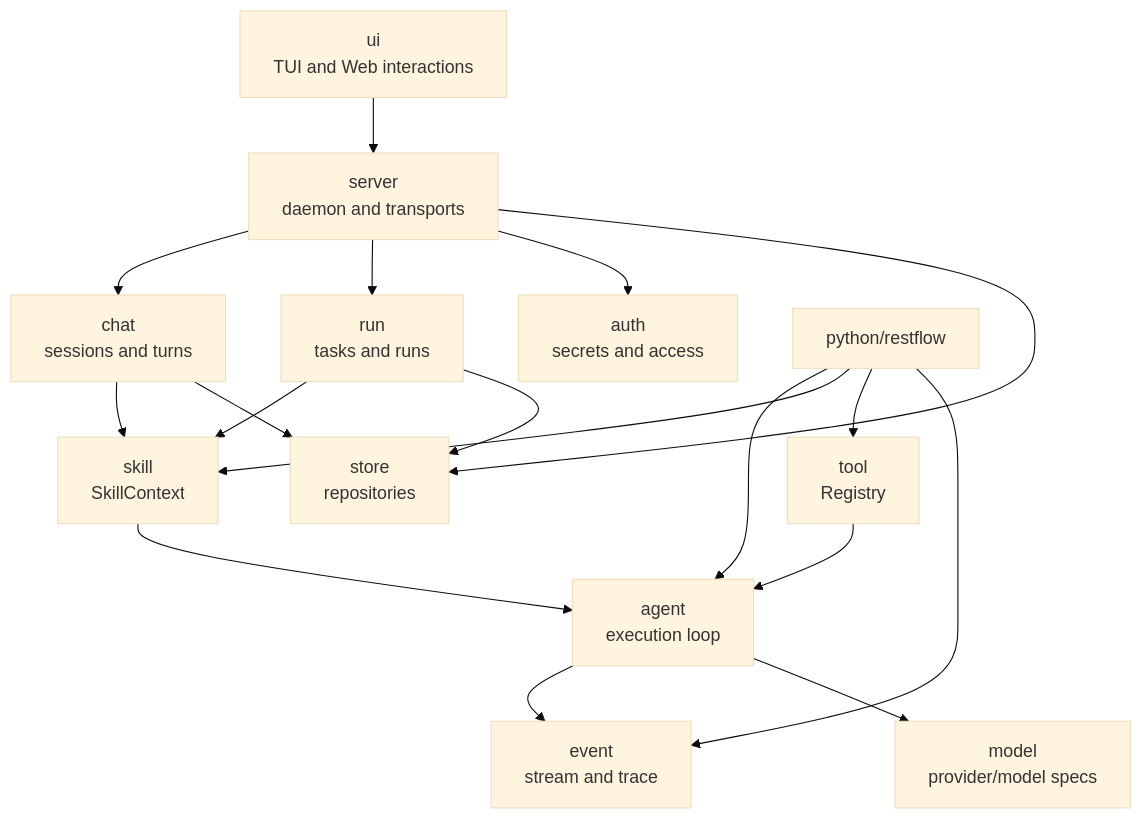
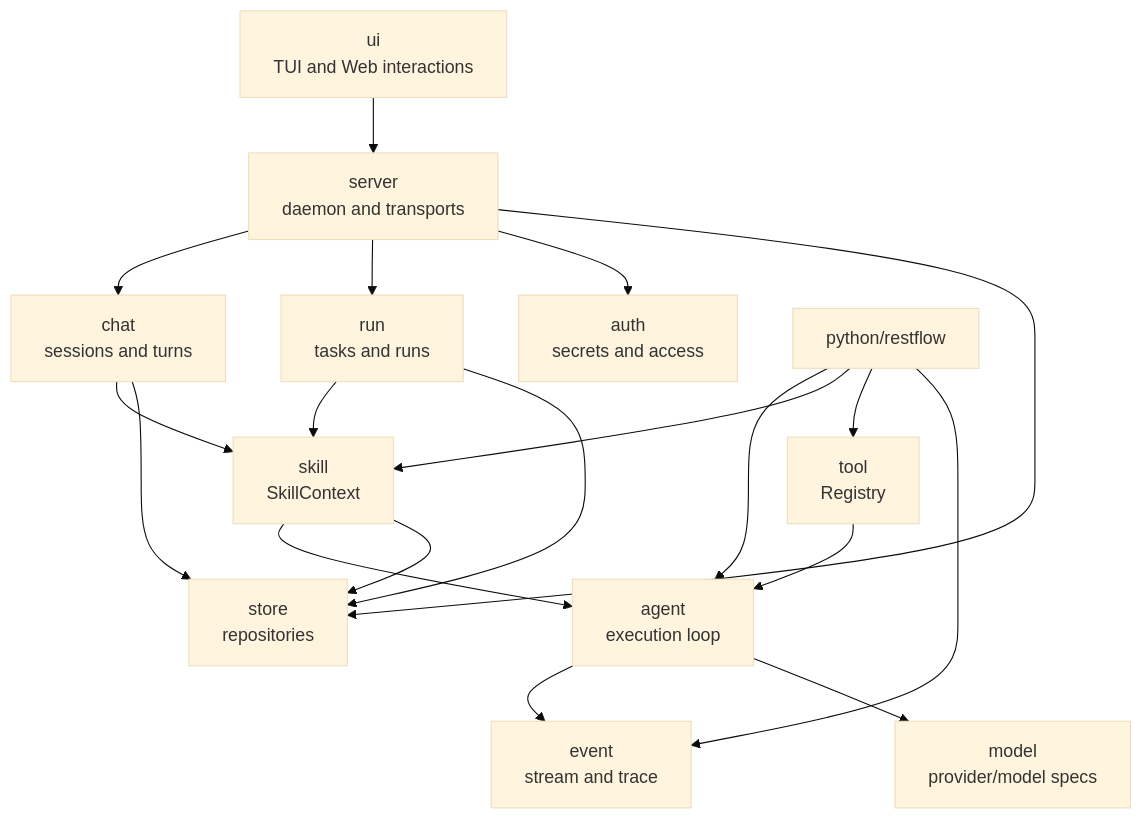
One commit to lhwzds/restflow changed the diagram in v2/ARCHITECTURE.md. Above: the diagram before and after it, drawn with Mermaid (base theme). The commit also changed other lines of this file and 15 other files, not shown here.

````diff
--- a/v2/ARCHITECTURE.md
+++ b/v2/ARCHITECTURE.md
@@ -18,23 +18,24 @@
 ```mermaid
 flowchart TD
     UI["ui\nTUI and Web interactions"] --> Server["server\ndaemon and transports"]
     Server --> Chat["chat\nsessions and turns"]
     Server --> Run["run\ntasks and runs"]
 
     Chat --> Skill["skill\nSkillContext"]
     Run --> Skill
     Skill --> Agent
+    Skill --> Store
     Tool["tool\nRegistry"] --> Agent
     Agent["agent\nexecution loop"]
     Agent --> Event["event\nstream and trace"]
     Agent --> Model["model\nprovider/model specs"]
     Server --> Auth["auth\nsecrets and access"]
     Server --> Store["store\nrepositories"]
     Chat --> Store
     Run --> Store
 
     Python["python/restflow"] --> Agent
     Python --> Skill
     Python --> Tool
     Python --> Event
 ```
````
